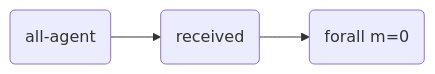
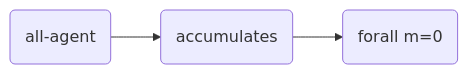
Before and after one commit to julianmendez/tiles: the first of 4 diagrams in docs/ccs_example.md, drawn with Mermaid. The commit also changed other lines of this file and 2 other files, not shown here.

````diff
--- a/docs/ccs_example.md
+++ b/docs/ccs_example.md
@@ -97,5 +97,5 @@
 ```mermaid
 graph LR
-  all-agent(all-agent) --> received
-  received(received) --> forall-0(forall m=0)
+  all-agent(all-agent) --> accumulates
+  accumulates(accumulates) --> forall-0(forall m=0)
 ```
````
